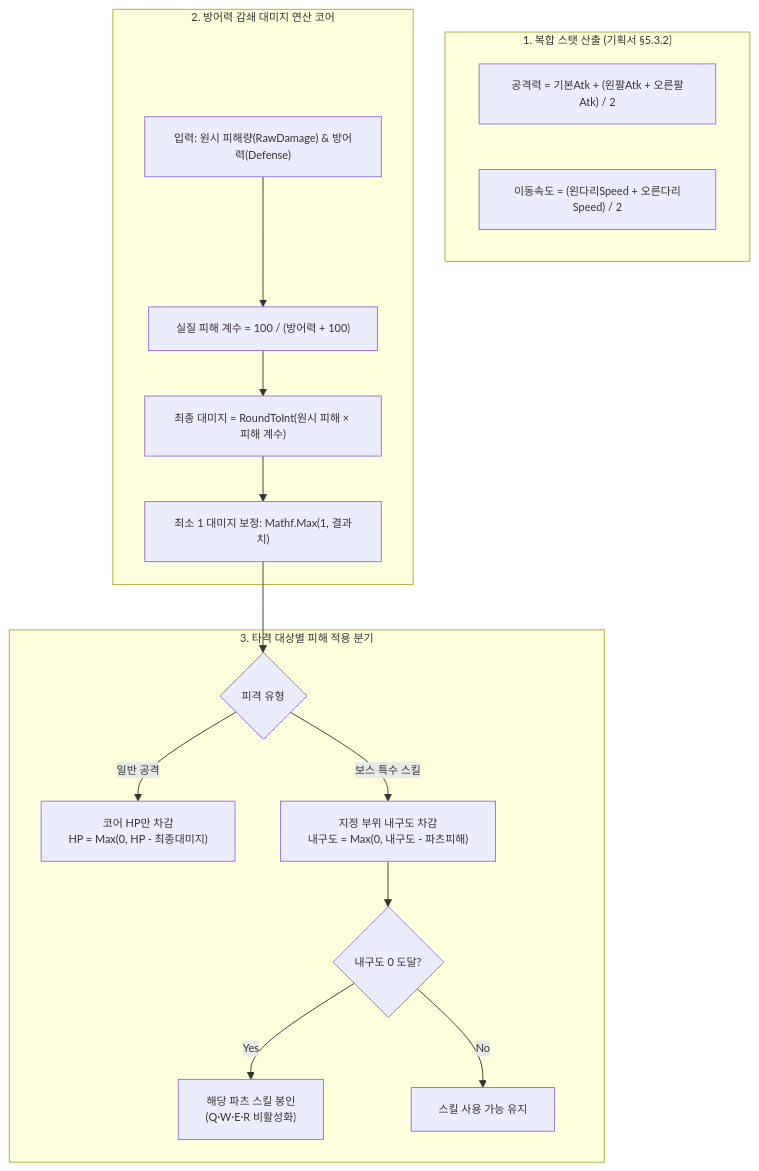
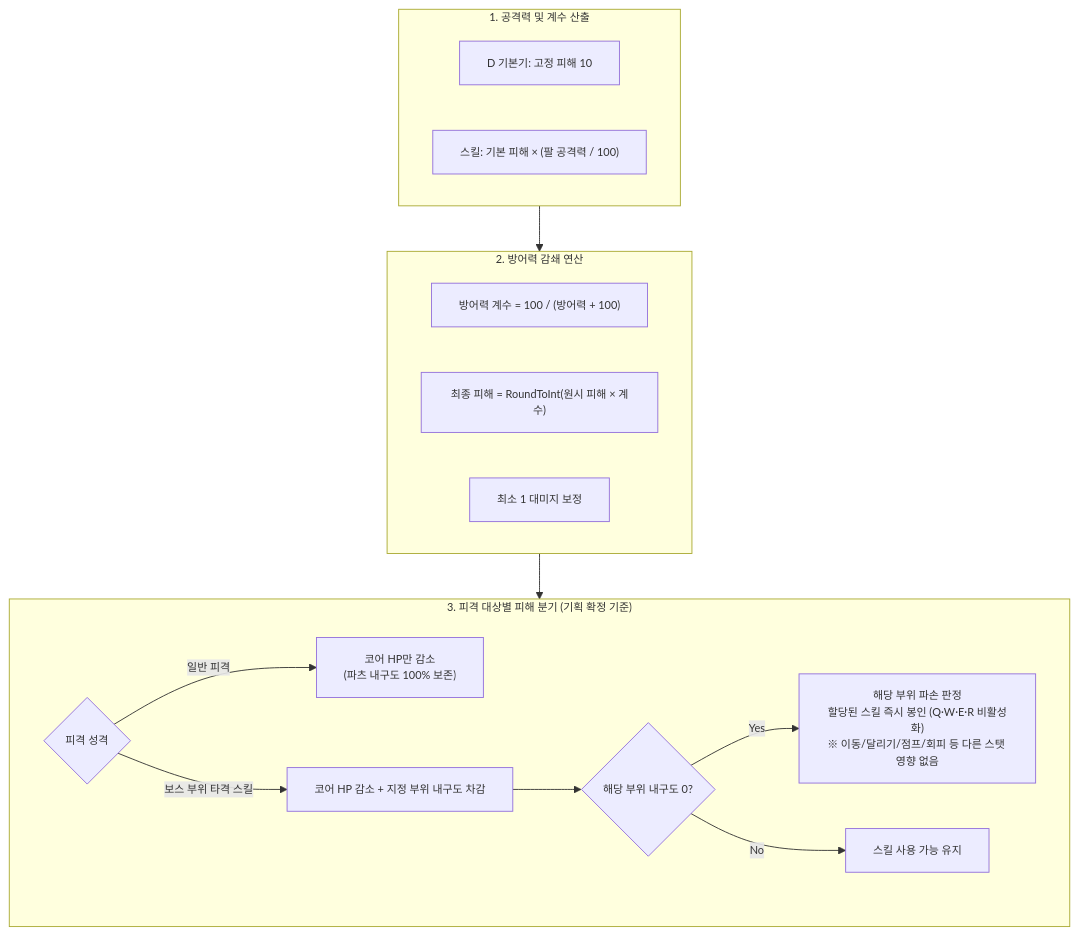
One commit to Kimdoeon52/2026_Com2us_Project changed the third of 5 diagrams in Assets/KKH/06.Document/BattleManager_Architecture.md. Above: the diagram before and after it, drawn with Mermaid. The commit also changed other lines of this file and 1 other file, not shown here.

First line of the commit message:
[feat] 전투 정산 내구도 영구 연동 반영

````diff
--- a/Assets/KKH/06.Document/BattleManager_Architecture.md
+++ b/Assets/KKH/06.Document/BattleManager_Architecture.md
@@ -305,28 +478,26 @@
 ```mermaid
 %%{init: {'themeVariables': { 'fontSize': '12px' }}}%%
 flowchart TD
-    subgraph StatCalc["1. 복합 스탯 산출 (기획서 §5.3.2)"]
-        ArmAtk["공격력 = 기본Atk + (왼팔Atk + 오른팔Atk) / 2"]
-        LegSpd["이동속도 = (왼다리Speed + 오른다리Speed) / 2"]
+    subgraph Step1["1. 공격력 및 계수 산출"]
+        D_Atk["D 기본기: 고정 피해 10"]
+        Skill_Atk["스킬: 기본 피해 × (팔 공격력 / 100)"]
     end
 
-    subgraph DamageFormula["2. 방어력 감쇄 대미지 연산 코어"]
-        InputParam["입력: 원시 피해량(RawDamage) & 방어력(Defense)"]
-        Multiplier["실질 피해 계수 = 100 / (방어력 + 100)"]
-        FinalCalc["최종 대미지 = RoundToInt(원시 피해 × 피해 계수)"]
-        MinGuard["최소 1 대미지 보정: Mathf.Max(1, 결과치)"]
-        
-        InputParam --> Multiplier
-        Multiplier --> FinalCalc
-        FinalCalc --> MinGuard
+    subgraph Step2["2. 방어력 감쇄 연산"]
+        Def["방어력 계수 = 100 / (방어력 + 100)"]
+        Dmg["최종 피해 = RoundToInt(원시 피해 × 계수)"]
+        MinDmg["최소 1 대미지 보정"]
     end
 
-    subgraph HitBranch["3. 타격 대상별 피해 적용 분기"]
-        MinGuard --> CheckType{"피격 유형"}
-        CheckType -->|"일반 공격"| CoreOnly["코어 HP만 차감<br/>HP = Max(0, HP - 최종대미지)"]
-        CheckType -->|"보스 특수 스킬"| PartDmg["지정 부위 내구도 차감<br/>내구도 = Max(0, 내구도 - 파츠피해)"]
-        PartDmg --> CheckBreak{"내구도 0 도달?"}
-        CheckBreak -->|"Yes"| SealSkill["해당 파츠 스킬 봉인<br/>(Q·W·E·R 비활성화)"]
-        CheckBreak -->|"No"| Maintain["스킬 사용 가능 유지"]
+    subgraph Step3["3. 피격 대상별 피해 분기 (기획 확정 기준)"]
+        TypeCheck{"피격 성격"}
+        TypeCheck -->|"일반 피격"| OnlyCore["코어 HP만 감소<br/>(파츠 내구도 100% 보존)"]
+        TypeCheck -->|"보스 부위 타격 스킬"| PartDmg["코어 HP 감소 + 지정 부위 내구도 차감"]
+        PartDmg --> BreakCheck{"해당 부위 내구도 0?"}
+        BreakCheck -->|"Yes"| Seal["해당 부위 파손 판정<br/>할당된 스킬 즉시 봉인 (Q·W·E·R 비활성화)<br/>※ 이동/달리기/점프/회피 등 다른 스탯 영향 없음"]
+        BreakCheck -->|"No"| Alive["스킬 사용 가능 유지"]
     end
+
+    Step1 --> Step2
+    Step2 --> Step3
 ```
````
